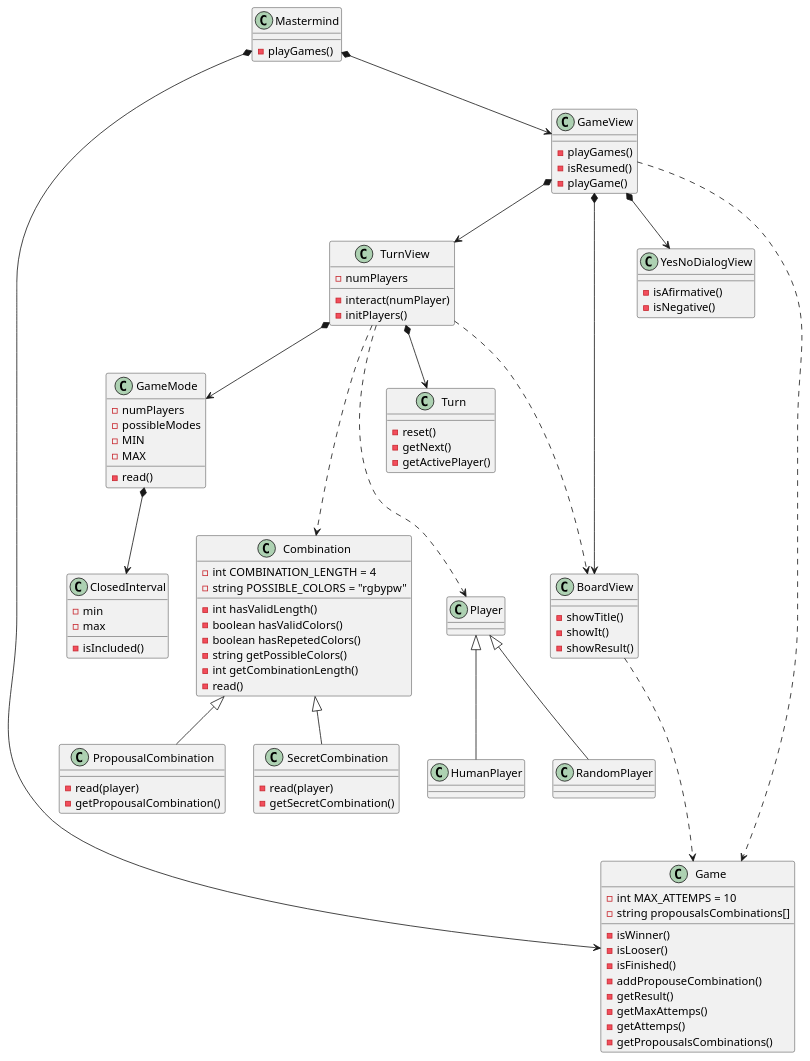
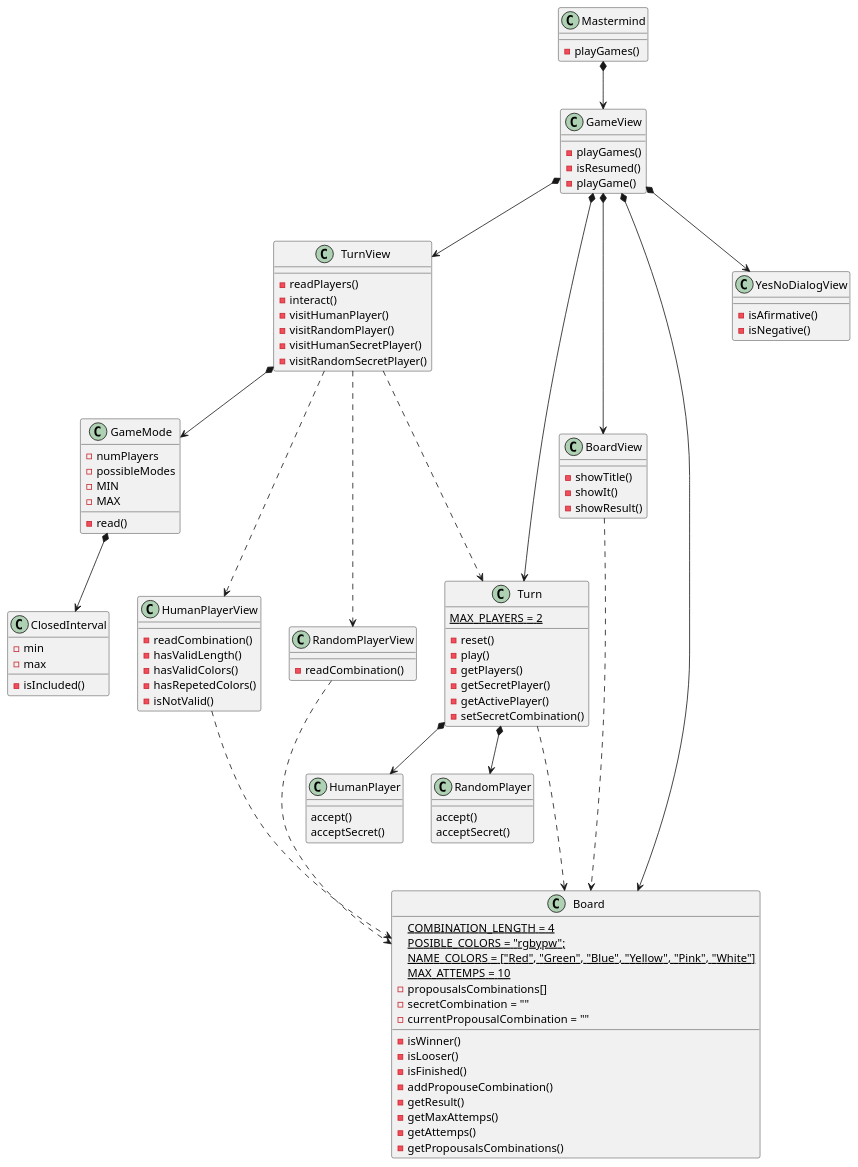
One commit to garmitano/MasterPyD---Games changed the diagram in doc/uml/mastermaind_clases.plantuml. Above: the diagram before and after it, drawn with PlantUML. The commit also changed 2 other files, not shown here.

Commit message:
fix: correccion del diagrama uml y se eliminaron las clases combination

```diff
--- a/doc/uml/mastermaind_clases.plantuml
+++ b/doc/uml/mastermaind_clases.plantuml
@@ -1,110 +1,121 @@
 @startuml mastermind_clases
 
 class Mastermind{
     - playGames()
 }
 
-class Game {
-    - int MAX_ATTEMPS = 10
-    - string propousalsCombinations[]
+class GameView{
+    - playGames()
+    - isResumed()
+    - playGame()
+}
+
+class TurnView{
+    - readPlayers()
+    - interact()
+    - visitHumanPlayer()
+    - visitRandomPlayer()
+    - visitHumanSecretPlayer()
+    - visitRandomSecretPlayer()
+}
+
+class HumanPlayerView{
+    - readCombination()
+    - hasValidLength()
+    - hasValidColors()
+    - hasRepetedColors()
+    - isNotValid()
+}
+
+class RandomPlayerView{
+    - readCombination()
+}
+
+class Turn{
+    {static} MAX_PLAYERS = 2  
+    - reset()
+    - play()
+    - getPlayers()
+    - getSecretPlayer()
+    - getActivePlayer()
+    - setSecretCombination()
+}
+
+class BoardView{
+    - showTitle()
+    - showIt()
+    - showResult()
+}
+
+class Board {
+    {static} COMBINATION_LENGTH = 4
+    {static} POSIBLE_COLORS = "rgbypw";
+    {static} NAME_COLORS = ["Red", "Green", "Blue", "Yellow", "Pink", "White"]
+    {static} MAX_ATTEMPS = 10
+    - propousalsCombinations[]
+    - secretCombination = ""
+    - currentPropousalCombination = ""   
     - isWinner()
     - isLooser()
     - isFinished()
     - addPropouseCombination()
     - getResult()
     - getMaxAttemps()
     - getAttemps()
     - getPropousalsCombinations()
 }
 
-class GameView{
-    - playGames()
-    - isResumed()
-    - playGame()
+class HumanPlayer{
+    accept()
+    acceptSecret()
 }
 
-class TurnView{
-    - numPlayers
-    - interact(numPlayer)
-    - initPlayers()
-}
-
-class Turn{
-    - reset()
-    - getNext()
-    - getActivePlayer()
-}
-
-class BoardView{
-    - showTitle()
-    - showIt()
-    - showResult()
-}
-
-class YesNoDialogView{
-    - isAfirmative()
-    - isNegative()
+class RandomPlayer{
+    accept()
+    acceptSecret()
 }
 
 class GameMode{
     - numPlayers
     - possibleModes
     - MIN
     - MAX
     - read()
 }
 
 class ClosedInterval{
     - min
     - max
     - isIncluded()
 }
 
-class Combination{
-    - int COMBINATION_LENGTH = 4
-    - string POSSIBLE_COLORS = "rgbypw"
-    - int hasValidLength()
-    - boolean hasValidColors()
-    - boolean hasRepetedColors()
-    - string getPossibleColors()
-    - int getCombinationLength()
-    - read()
-
-} 
-class SecretCombination{
-    - read(player)
-    - getSecretCombination()
-}
-class PropousalCombination{
-    - read(player)
-    - getPropousalCombination()
+class YesNoDialogView{
+    - isAfirmative()
+    - isNegative()
 }
 
-class Player{}
-class RandomPlayer{}
-class HumanPlayer{}
-
 Mastermind *-down-> GameView
-Mastermind *-down-> Game
 
 GameView *-down-> BoardView
 GameView *-down-> TurnView
-GameView .-down-> Game
+GameView *-down-> Board
+GameView *-down-> Turn
 GameView *-down-> YesNoDialogView
 
-TurnView *-down-> Turn
-TurnView .-down-> BoardView
+TurnView .-down-> Turn
 TurnView *-down-> GameMode
-TurnView .-down-> Combination
-TurnView .-down-> Player
+TurnView .-down-> HumanPlayerView
+TurnView .-down-> RandomPlayerView
 
-BoardView .-down-> Game
+Turn .-down-> Board
+Turn *-down-> HumanPlayer
+Turn *-down-> RandomPlayer
 
-Player <|-down- RandomPlayer
-Player <|-down- HumanPlayer
+BoardView .-down-> Board
 
-Combination <|-down- SecretCombination
-Combination <|-down- PropousalCombination
+HumanPlayerView .-down-> Board
+
+RandomPlayerView .-down-> Board
 
 GameMode *-down-> ClosedInterval
 @enduml
```
